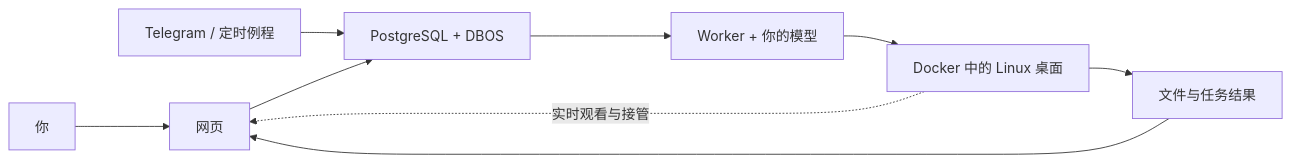
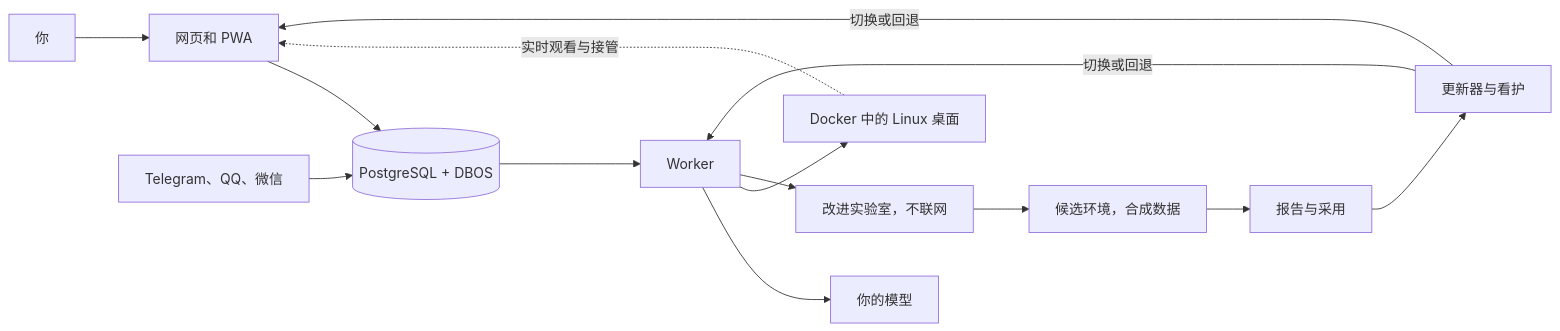
The second of 3 diagrams in README.zh-CN.md (wudilyy999/owndesk), drawn with Mermaid before and after one commit. The commit also changed other lines of this file and 7 other files, not shown here.

Commit message:
Rewrite README and add roadmap [skip ci]

````diff
--- a/README.zh-CN.md
+++ b/README.zh-CN.md
@@ -168,11 +216,16 @@
 ```mermaid
 flowchart LR
-    U[你] --> W[网页]
-    T[Telegram / 定时例程] --> Q
-    W --> Q[PostgreSQL + DBOS]
-    Q --> A[Worker + 你的模型]
-    A --> D[Docker 中的 Linux 桌面]
-    D --> F[文件与任务结果]
+    U[你] --> W[网页和 PWA]
+    CH[Telegram、QQ、微信] --> Q
+    W --> Q[(PostgreSQL + DBOS)]
+    Q --> K[Worker]
+    K --> M[你的模型]
+    K --> D[Docker 中的 Linux 桌面]
     D -. 实时观看与接管 .-> W
-    F --> W
+    K --> L[改进实验室，不联网]
+    L --> S[候选环境，合成数据]
+    S --> R[报告与采用]
+    R --> UP[更新器与看护]
+    UP -->|切换或回退| W
+    UP -->|切换或回退| K
 ```
````
